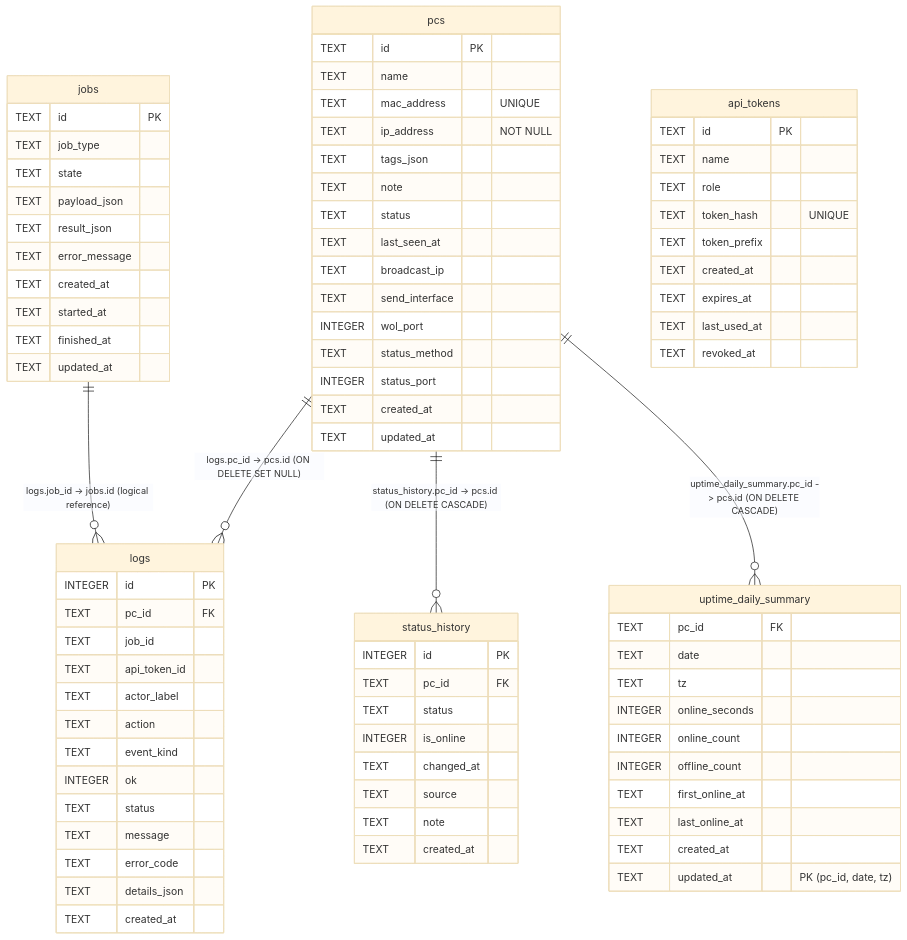
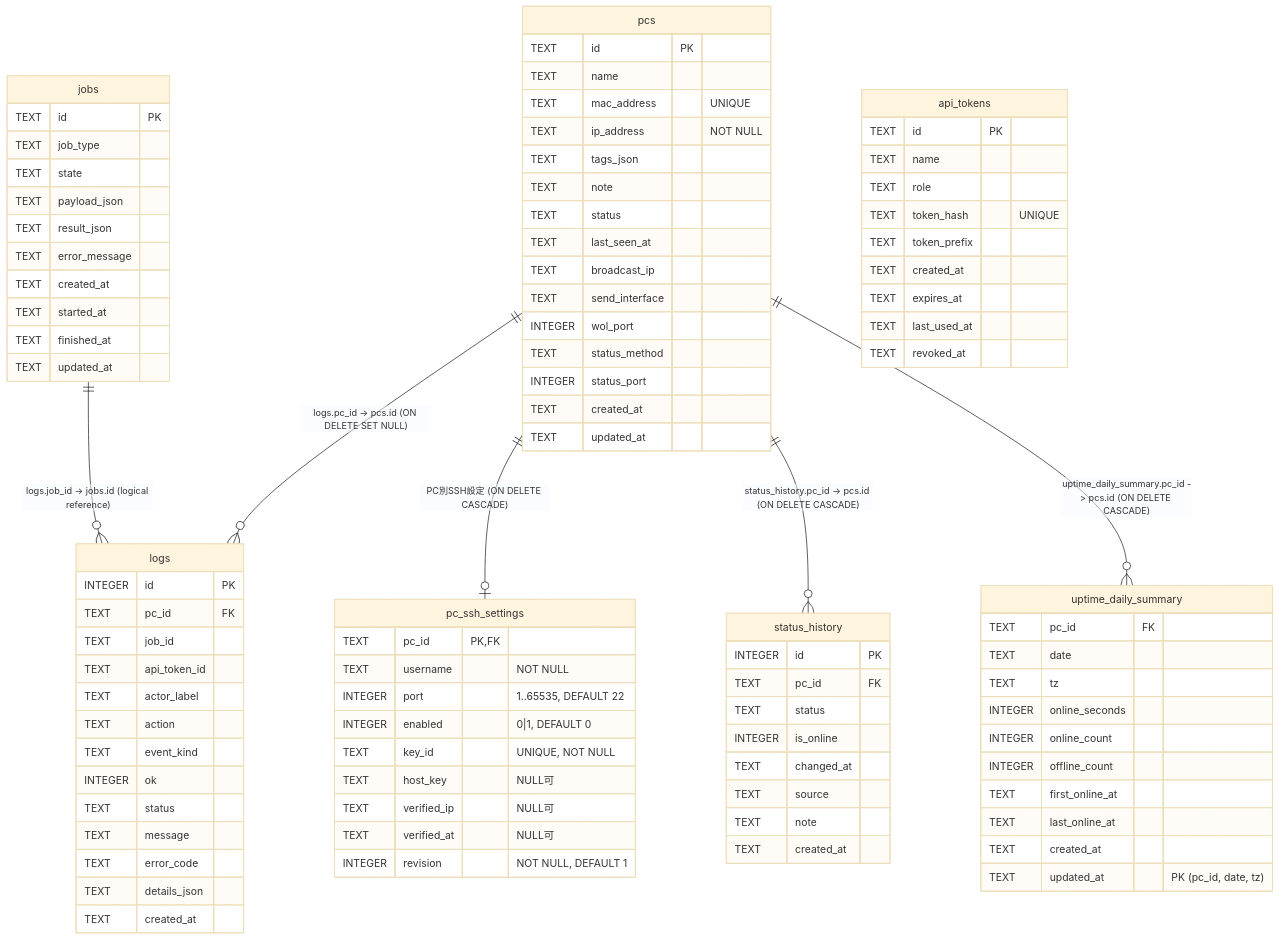
Before and after one commit to htomoya16/raspi-vpn-wol: the diagram in docs/backend/db/er.md, drawn with Mermaid (base theme). The commit also changed other lines of this file and 3 other files, not shown here.

```diff
--- a/docs/backend/db/er.md
+++ b/docs/backend/db/er.md
@@ -39,6 +40,18 @@
         INTEGER status_port
         TEXT created_at
         TEXT updated_at
+    }
+
+    pc_ssh_settings {
+        TEXT pc_id PK, FK
+        TEXT username "NOT NULL"
+        INTEGER port "1..65535, DEFAULT 22"
+        INTEGER enabled "0|1, DEFAULT 0"
+        TEXT key_id "UNIQUE, NOT NULL"
+        TEXT host_key "NULL可"
+        TEXT verified_ip "NULL可"
+        TEXT verified_at "NULL可"
+        INTEGER revision "NOT NULL, DEFAULT 1"
     }
 
     status_history {
@@ -108,6 +121,7 @@
     }
 
     pcs ||--o{ logs : "logs.pc_id -> pcs.id (ON DELETE SET NULL)"
+    pcs ||--o| pc_ssh_settings : "PC別SSH設定 (ON DELETE CASCADE)"
     jobs ||--o{ logs : "logs.job_id -> jobs.id (logical reference)"
     pcs ||--o{ status_history : "status_history.pc_id -> pcs.id (ON DELETE CASCADE)"
     pcs ||--o{ uptime_daily_summary : "uptime_daily_summary.pc_id -> pcs.id (ON DELETE CASCADE)"
```
